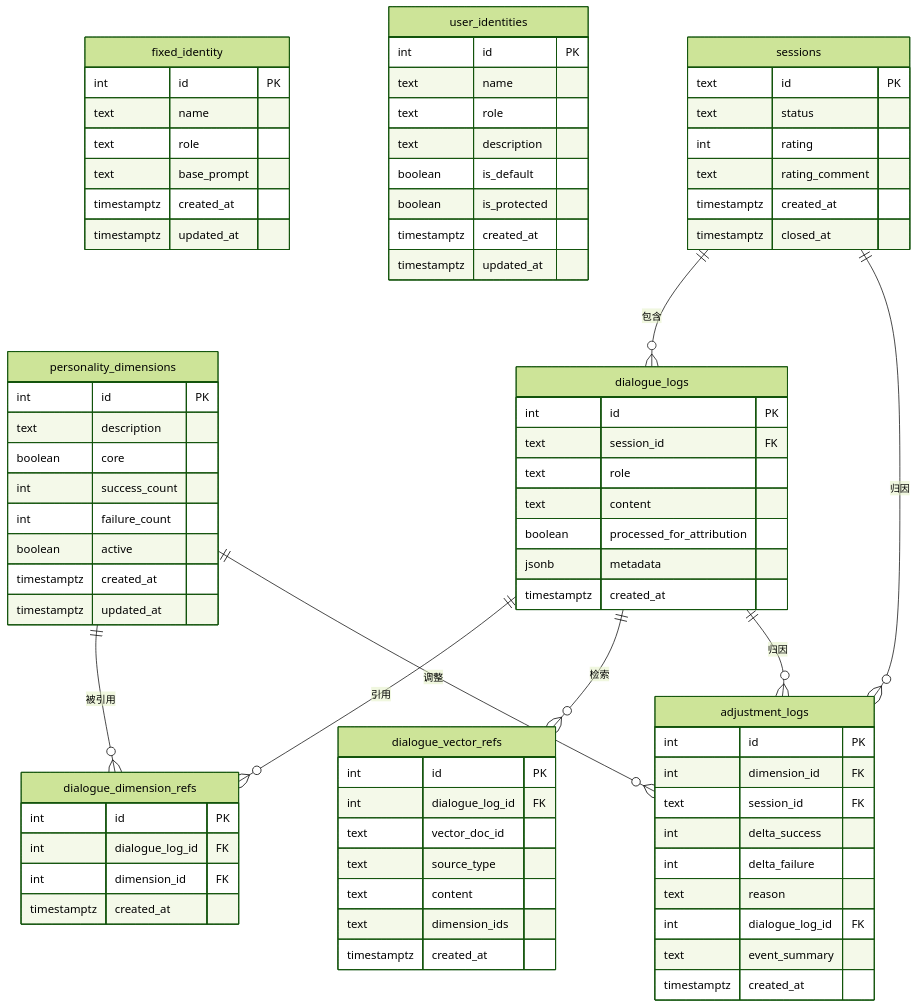
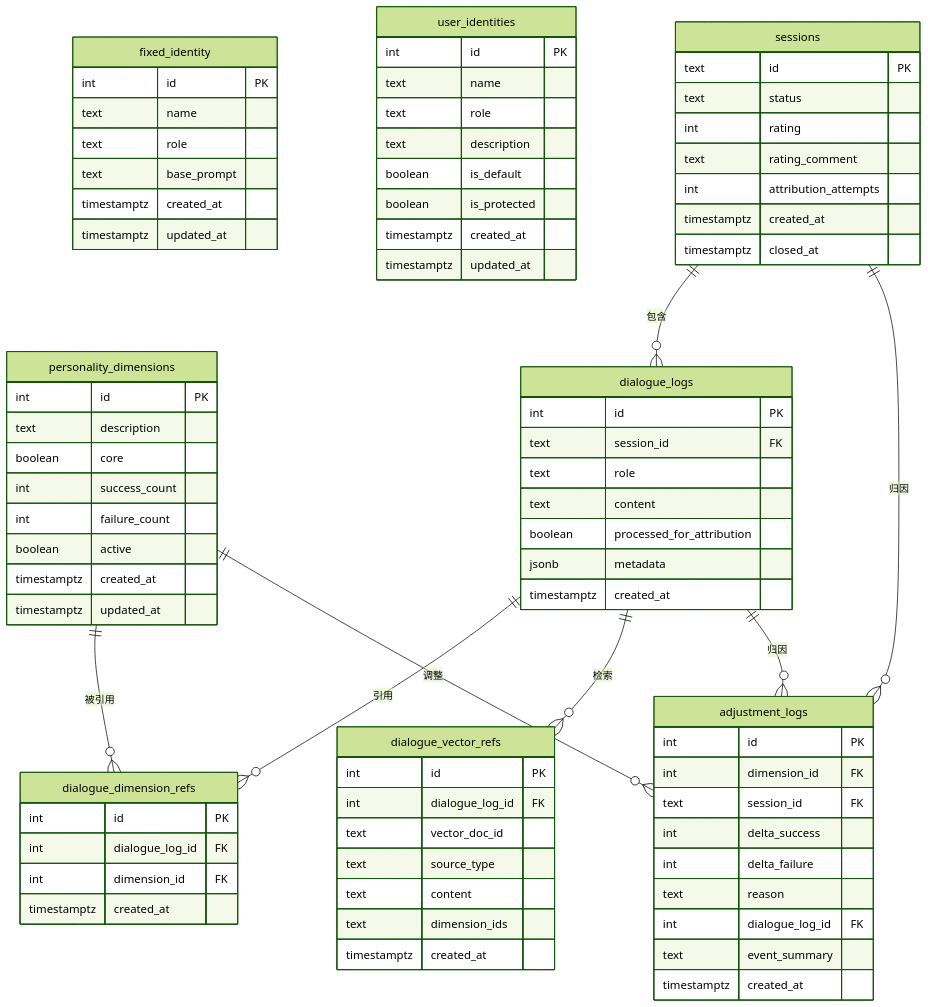
One commit to ianzhang1988/mr.data changed the diagram in doc/database-design.md. Above: the diagram before and after it, drawn with Mermaid (forest theme). The commit also changed other lines of this file and 15 other files, not shown here.

```diff
--- a/doc/database-design.md
+++ b/doc/database-design.md
@@ -334,6 +335,7 @@
         text status
         int rating
         text rating_comment
+        int attribution_attempts
         timestamptz created_at
         timestamptz closed_at
     }
```
